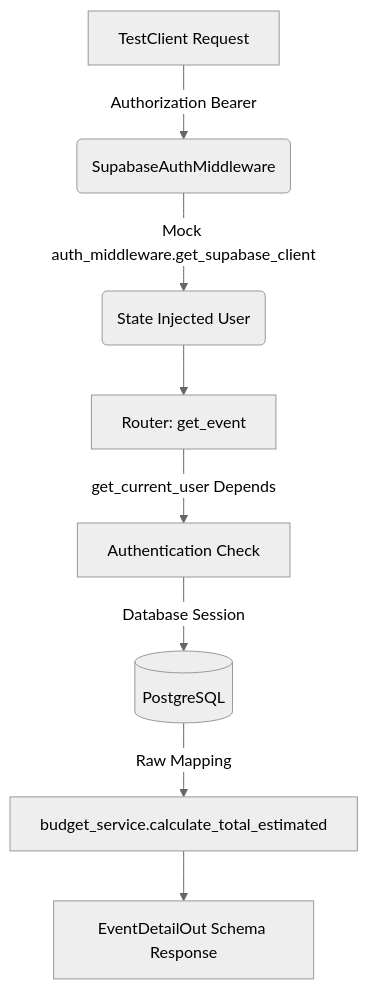
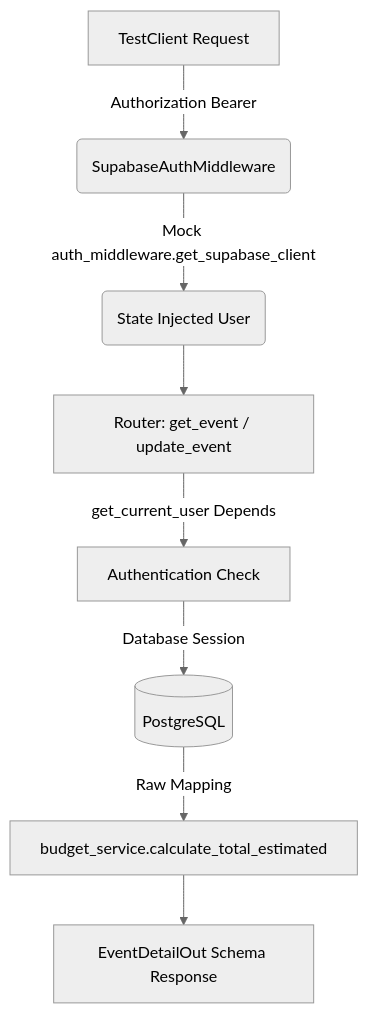
Before and after one commit to dypok/prismavent: the diagram in backend/docs/TESTING_DOC.md, drawn with Mermaid (neutral theme). The commit also changed other lines of this file and 7 other files, not shown here.

````diff
--- a/backend/docs/TESTING_DOC.md
+++ b/backend/docs/TESTING_DOC.md
@@ -24,10 +25,10 @@
 ```mermaid
 graph TD
     A[TestClient Request] -->|Authorization Bearer| B(SupabaseAuthMiddleware)
     B -->|Mock auth_middleware.get_supabase_client| C(State Injected User)
-    C --> D[Router: get_event]
+    C --> D[Router: get_event / update_event]
     D -->|get_current_user Depends| E[Authentication Check]
     E -->|Database Session| F[(PostgreSQL)]
     F -->|Raw Mapping| G[budget_service.calculate_total_estimated]
     G --> H[EventDetailOut Schema Response]
 ```
````
